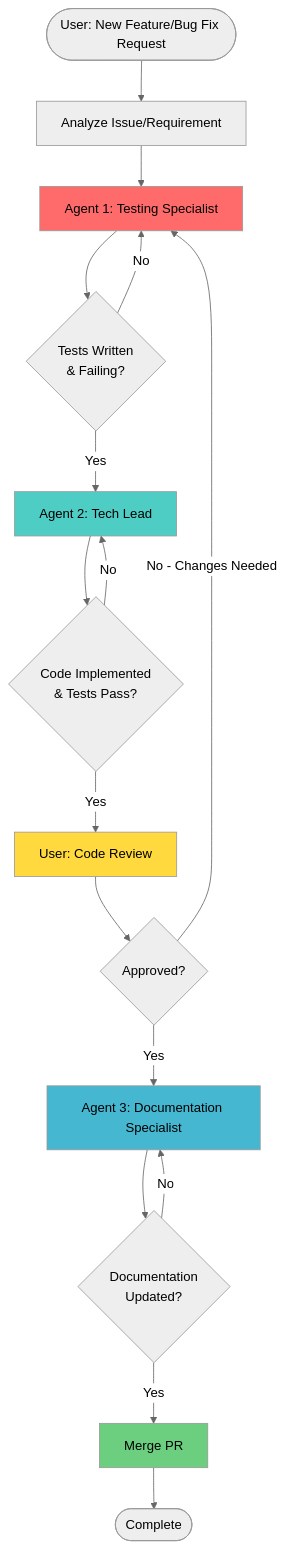
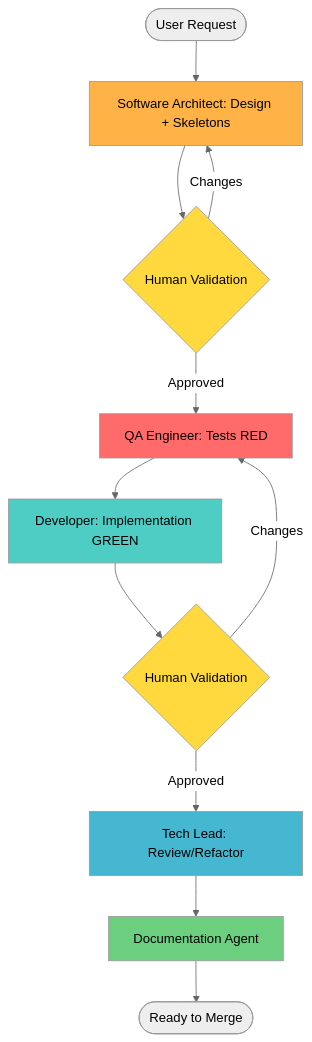
Before and after one commit to RastaChaum/Intelligent-Heating-Pilot: the diagram in .github/AGENT_WORKFLOW.md, drawn with Mermaid (neutral theme). The commit also changed other lines of this file and 11 other files, not shown here.

Commit message:
refactor: Restrict Project Manager to orchestration only and add git tools to Dev/Tech Lead

````diff
--- a/.github/AGENT_WORKFLOW.md
+++ b/.github/AGENT_WORKFLOW.md
@@ -15,29 +9,23 @@
 ```mermaid
 flowchart TD
-    Start([User: New Feature/Bug Fix Request]) --> Analyze[Analyze Issue/Requirement]
-    Analyze --> Agent1[Agent 1: Testing Specialist]
+    Start([User Request]) --> Architect[Software Architect: Design + Skeletons]
+    Architect --> Gate1{Human Validation}
+    Gate1 -->|Approved| QA[QA Engineer: Tests RED]
+    Gate1 -->|Changes| Architect
 
-    Agent1 --> TestsWritten{Tests Written<br/>& Failing?}
-    TestsWritten -->|No| Agent1
-    TestsWritten -->|Yes| Agent2[Agent 2: Tech Lead]
+    QA --> Dev[Developer: Implementation GREEN]
+    Dev --> Gate2{Human Validation}
+    Gate2 -->|Approved| Lead[Tech Lead: Review/Refactor]
+    Gate2 -->|Changes| QA
 
-    Agent2 --> CodeImpl{Code Implemented<br/>& Tests Pass?}
-    CodeImpl -->|No| Agent2
-    CodeImpl -->|Yes| Review[User: Code Review]
+    Lead --> Docs[Documentation Agent]
+    Docs --> End([Ready to Merge])
 
-    Review --> Approved{Approved?}
-    Approved -->|No - Changes Needed| Agent1
-    Approved -->|Yes| Agent3[Agent 3: Documentation Specialist]
-
-    Agent3 --> DocsUpdated{Documentation<br/>Updated?}
-    DocsUpdated -->|No| Agent3
-    DocsUpdated -->|Yes| Merge[Merge PR]
-
-    Merge --> End([Complete])
-
-    style Agent1 fill:#ff6b6b
-    style Agent2 fill:#4ecdc4
-    style Agent3 fill:#45b7d1
-    style Review fill:#ffd93d
-    style Merge fill:#6bcf7f
+    style Architect fill:#ffb347
+    style QA fill:#ff6b6b
+    style Dev fill:#4ecdc4
+    style Lead fill:#45b7d1
+    style Docs fill:#6bcf7f
+    style Gate1 fill:#ffd93d
+    style Gate2 fill:#ffd93d
 ```
````
